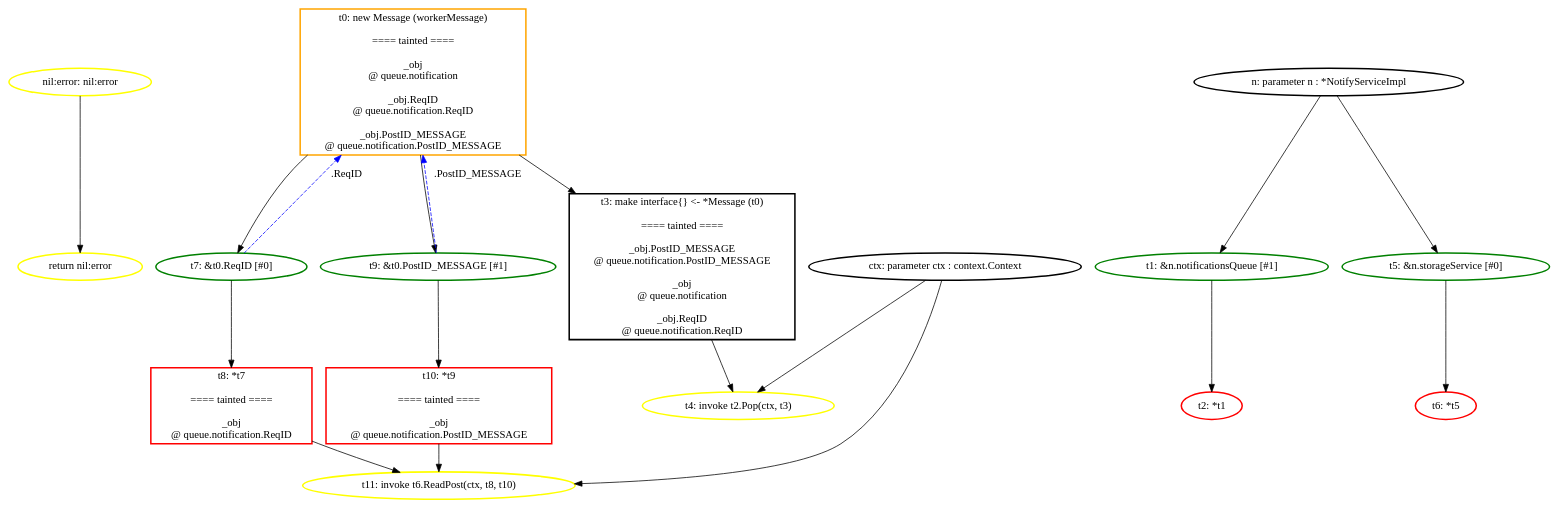
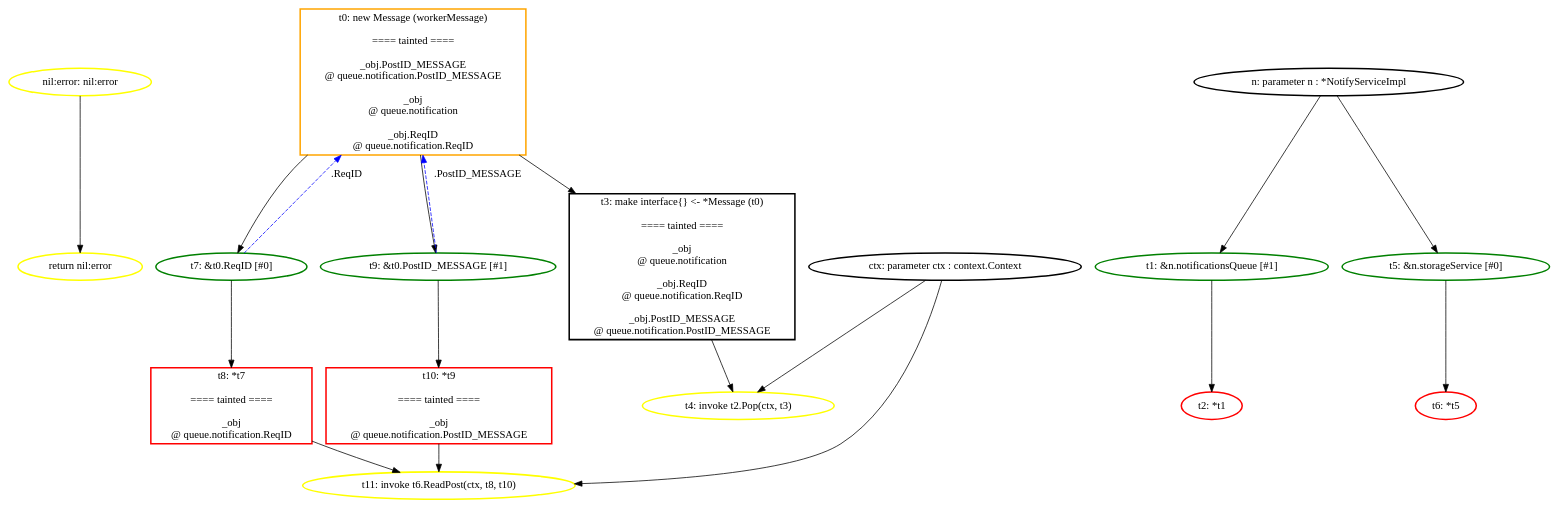
One commit to aletheia-microservices/aletheia changed the diagram in ssa_analysis/analyzer/output/blueprint/postnotification/notifyservice_run/graphs/postnotification_simple.NotifyService.workerThread.dot. Above: the diagram before and after it, drawn with Graphviz. The commit also changed 24 other files, not shown here.

```diff
--- a/ssa_analysis/analyzer/output/blueprint/postnotification/notifyservice_run/graphs/postnotification_simple.NotifyService.workerThread.dot
+++ b/ssa_analysis/analyzer/output/blueprint/postnotification/notifyservice_run/graphs/postnotification_simple.NotifyService.workerThread.dot
@@ -1,72 +1,72 @@
 digraph G {
 	rankdir=TD;
-	N_instr_ret_2811594 [label="return nil:error", style=bold, shape=ellipse, color="yellow"];
-	N_nil_348094891 [label="nil:error: nil:error", style=bold, shape=ellipse, color="yellow"];
-	N_val_alloc_2811417 [label="t0: new Message (workerMessage)
+	N_instr_ret_2756667 [label="return nil:error", style=bold, shape=ellipse, color="yellow"];
+	N_nil_266058881 [label="nil:error: nil:error", style=bold, shape=ellipse, color="yellow"];
+	N_val_alloc_2756490 [label="t0: new Message (workerMessage)
+
+==== tainted ====
+
+_obj.PostID_MESSAGE
+@ queue.notification.PostID_MESSAGE
+
+_obj
+@ queue.notification
+
+_obj.ReqID
+@ queue.notification.ReqID
+", style=bold, shape=box, color="orange"];
+	N_val_call_2756538 [label="t4: invoke t2.Pop(ctx, t3)", style=bold, shape=ellipse, color="yellow"];
+	N_val_call_2756587 [label="t11: invoke t6.ReadPost(ctx, t8, t10)", style=bold, shape=ellipse, color="yellow"];
+	N_val_field_2756516 [label="t1: &n.notificationsQueue [#1]", style=bold, shape=ellipse, color="green"];
+	N_val_field_2756564 [label="t5: &n.storageService [#0]", style=bold, shape=ellipse, color="green"];
+	N_val_field_2756607 [label="t7: &t0.ReqID [#0]", style=bold, shape=ellipse, color="green"];
+	N_val_field_2756628 [label="t9: &t0.PostID_MESSAGE [#1]", style=bold, shape=ellipse, color="green"];
+	N_val_ifacet3 [label="t3: make interface{} <- *Message (t0)
 
 ==== tainted ====
 
 _obj
 @ queue.notification
 
 _obj.ReqID
 @ queue.notification.ReqID
 
 _obj.PostID_MESSAGE
 @ queue.notification.PostID_MESSAGE
-", style=bold, shape=box, color="orange"];
-	N_val_call_2811465 [label="t4: invoke t2.Pop(ctx, t3)", style=bold, shape=ellipse, color="yellow"];
-	N_val_call_2811514 [label="t11: invoke t6.ReadPost(ctx, t8, t10)", style=bold, shape=ellipse, color="yellow"];
-	N_val_field_2811443 [label="t1: &n.notificationsQueue [#1]", style=bold, shape=ellipse, color="green"];
-	N_val_field_2811491 [label="t5: &n.storageService [#0]", style=bold, shape=ellipse, color="green"];
-	N_val_field_2811534 [label="t7: &t0.ReqID [#0]", style=bold, shape=ellipse, color="green"];
-	N_val_field_2811555 [label="t9: &t0.PostID_MESSAGE [#1]", style=bold, shape=ellipse, color="green"];
-	N_val_ifacet3 [label="t3: make interface{} <- *Message (t0)
-
-==== tainted ====
-
-_obj.PostID_MESSAGE
-@ queue.notification.PostID_MESSAGE
-
-_obj
-@ queue.notification
-
-_obj.ReqID
-@ queue.notification.ReqID
 ", style=bold, shape=box, color="black"];
-	N_val_param_2811301 [label="n: parameter n : *NotifyServiceImpl", style=bold, shape=ellipse, color="black"];
-	N_val_param_2811336 [label="ctx: parameter ctx : context.Context", style=bold, shape=ellipse, color="black"];
-	N_val_unary_2811443 [label="t2: *t1", style=bold, shape=ellipse, color="red"];
-	N_val_unary_2811491 [label="t6: *t5", style=bold, shape=ellipse, color="red"];
-	N_val_unary_2811534 [label="t8: *t7
+	N_val_param_2756374 [label="n: parameter n : *NotifyServiceImpl", style=bold, shape=ellipse, color="black"];
+	N_val_param_2756409 [label="ctx: parameter ctx : context.Context", style=bold, shape=ellipse, color="black"];
+	N_val_unary_2756516 [label="t2: *t1", style=bold, shape=ellipse, color="red"];
+	N_val_unary_2756564 [label="t6: *t5", style=bold, shape=ellipse, color="red"];
+	N_val_unary_2756607 [label="t8: *t7
 
 ==== tainted ====
 
 _obj
 @ queue.notification.ReqID
 ", style=bold, shape=box, color="red"];
-	N_val_unary_2811555 [label="t10: *t9
+	N_val_unary_2756628 [label="t10: *t9
 
 ==== tainted ====
 
 _obj
 @ queue.notification.PostID_MESSAGE
 ", style=bold, shape=box, color="red"];
-	N_val_param_2811301 -> N_val_field_2811443;
-	N_val_field_2811443 -> N_val_unary_2811443;
-	N_val_alloc_2811417 -> N_val_ifacet3;
-	N_val_param_2811336 -> N_val_call_2811465;
-	N_val_ifacet3 -> N_val_call_2811465;
-	N_val_param_2811301 -> N_val_field_2811491;
-	N_val_field_2811491 -> N_val_unary_2811491;
-	N_val_alloc_2811417 -> N_val_field_2811534;
-	N_val_field_2811534 -> N_val_unary_2811534;
-	N_val_alloc_2811417 -> N_val_field_2811555;
-	N_val_field_2811555 -> N_val_unary_2811555;
-	N_val_param_2811336 -> N_val_call_2811514;
-	N_val_unary_2811534 -> N_val_call_2811514;
-	N_val_unary_2811555 -> N_val_call_2811514;
-	N_nil_348094891 -> N_instr_ret_2811594;
-	N_val_field_2811534 -> N_val_alloc_2811417 [label=".ReqID", style=dashed, color=blue];
-	N_val_field_2811555 -> N_val_alloc_2811417 [label=".PostID_MESSAGE", style=dashed, color=blue];
+	N_val_param_2756374 -> N_val_field_2756516;
+	N_val_field_2756516 -> N_val_unary_2756516;
+	N_val_alloc_2756490 -> N_val_ifacet3;
+	N_val_param_2756409 -> N_val_call_2756538;
+	N_val_ifacet3 -> N_val_call_2756538;
+	N_val_param_2756374 -> N_val_field_2756564;
+	N_val_field_2756564 -> N_val_unary_2756564;
+	N_val_alloc_2756490 -> N_val_field_2756607;
+	N_val_field_2756607 -> N_val_unary_2756607;
+	N_val_alloc_2756490 -> N_val_field_2756628;
+	N_val_field_2756628 -> N_val_unary_2756628;
+	N_val_param_2756409 -> N_val_call_2756587;
+	N_val_unary_2756607 -> N_val_call_2756587;
+	N_val_unary_2756628 -> N_val_call_2756587;
+	N_nil_266058881 -> N_instr_ret_2756667;
+	N_val_field_2756607 -> N_val_alloc_2756490 [label=".ReqID", style=dashed, color=blue];
+	N_val_field_2756628 -> N_val_alloc_2756490 [label=".PostID_MESSAGE", style=dashed, color=blue];
 }
```
